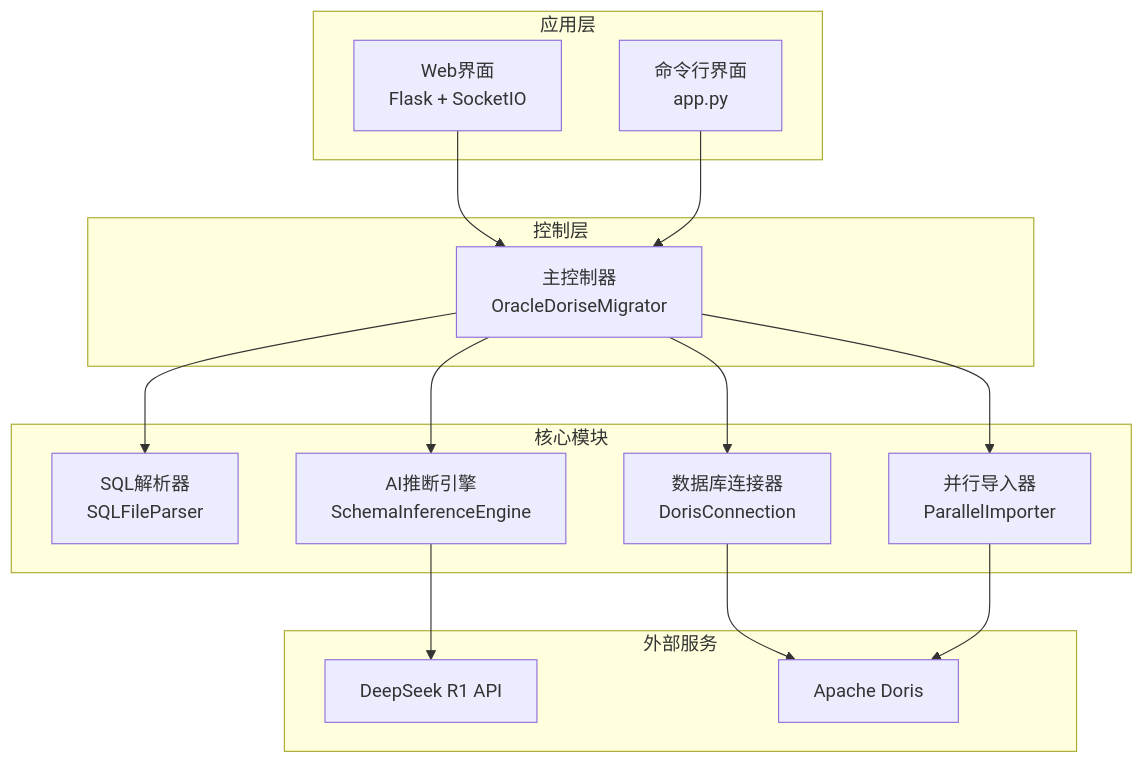
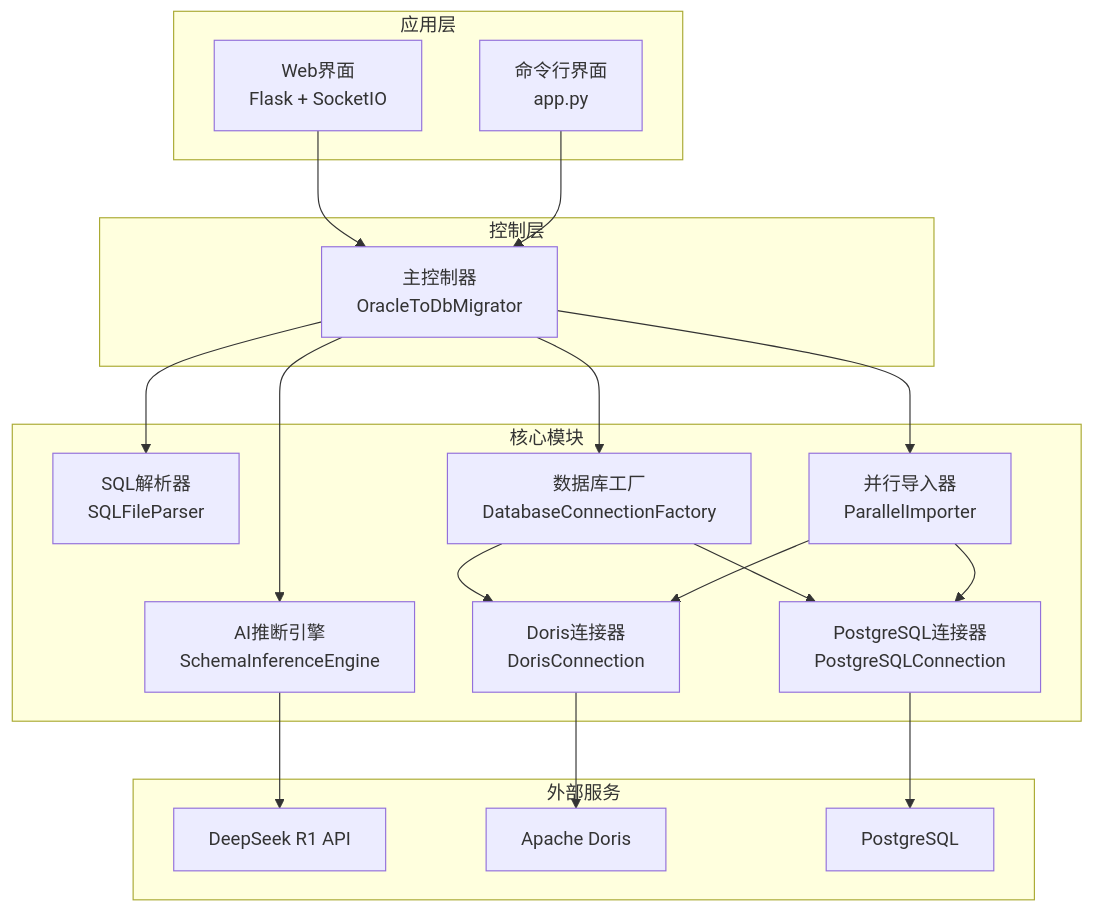
One commit to xiedidan/sql-data-restore changed the diagram in README.md. Above: the diagram before and after it, drawn with Mermaid. The commit also changed other lines of this file and 17 other files, not shown here.

````diff
--- a/README.md
+++ b/README.md
@@ -20,34 +21,40 @@
 ```mermaid
 graph TB
     subgraph "应用层"
         Web[Web界面<br/>Flask + SocketIO]
         CLI[命令行界面<br/>app.py]
     end
     
     subgraph "控制层"
-        Controller[主控制器<br/>OracleDoriseMigrator]
+        Controller[主控制器<br/>OracleToDbMigrator]
     end
     
     subgraph "核心模块"
         Parser[SQL解析器<br/>SQLFileParser]
         AI[AI推断引擎<br/>SchemaInferenceEngine] 
-        DB[数据库连接器<br/>DorisConnection]
+        Factory[数据库工厂<br/>DatabaseConnectionFactory]
+        DB1[Doris连接器<br/>DorisConnection]
+        DB2[PostgreSQL连接器<br/>PostgreSQLConnection]
         Importer[并行导入器<br/>ParallelImporter]
     end
     
     subgraph "外部服务"
         DeepSeek[DeepSeek R1 API]
         Doris[Apache Doris]
+        PostgreSQL[PostgreSQL]
     end
     
     Web --> Controller
     CLI --> Controller
     Controller --> Parser
     Controller --> AI
-    Controller --> DB
+    Controller --> Factory
+    Factory --> DB1
+    Factory --> DB2
     Controller --> Importer
-    
     AI --> DeepSeek
-    DB --> Doris
-    Importer --> Doris
+    DB1 --> Doris
+    DB2 --> PostgreSQL
+    Importer --> DB1
+    Importer --> DB2
 ```
````
